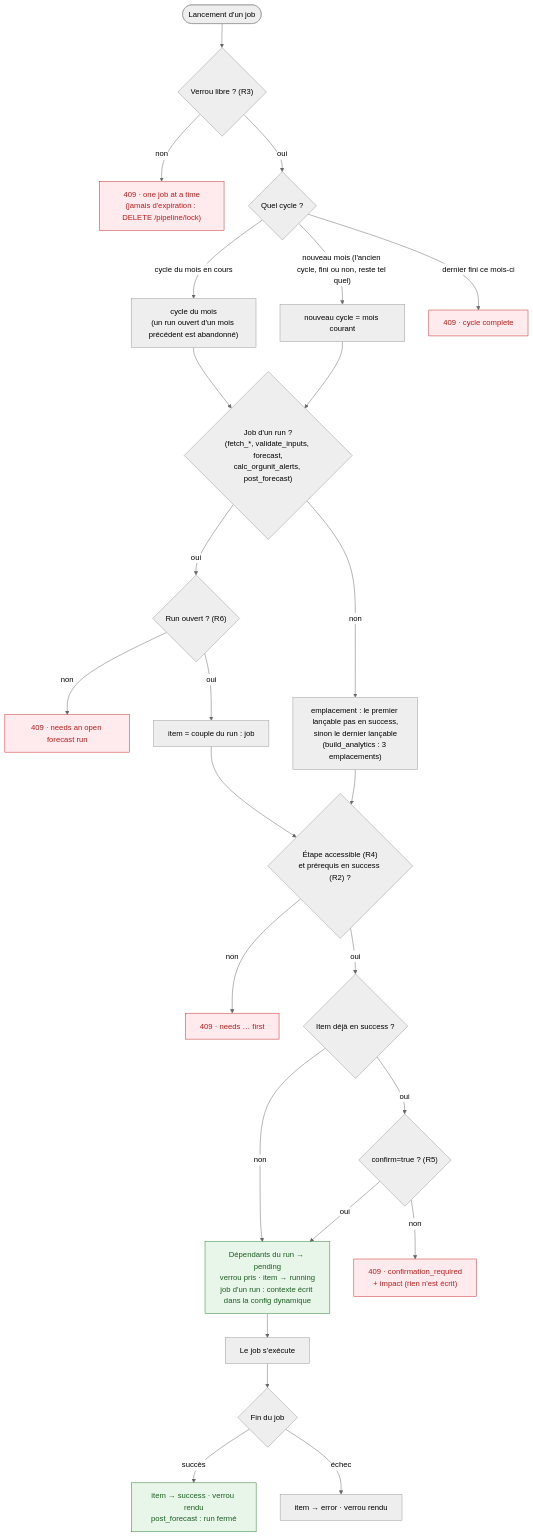
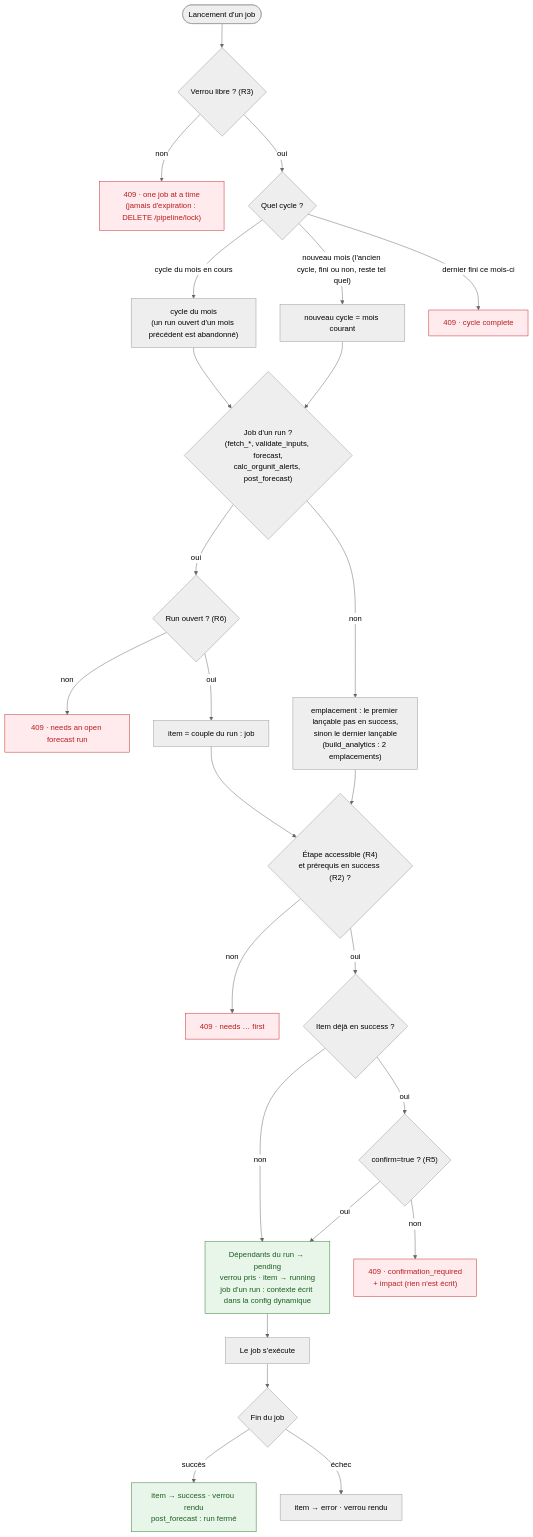
Before and after one commit to Pivot-Madagascar/pridec-docker: the third of 8 diagrams in etlhub/docs/pipeline-checkpoints-diagrams.md, drawn with Mermaid (neutral theme). The commit also changed other lines of this file and 6 other files, not shown here.

````diff
--- a/etlhub/docs/pipeline-checkpoints-diagrams.md
+++ b/etlhub/docs/pipeline-checkpoints-diagrams.md
@@ -191,35 +195,35 @@
 ```mermaid
 flowchart TD
     A(["Lancement d'un job"]) --> L{"Verrou libre ? (R3)"}
     L -- non --> E1["409 · one job at a time<br/>(jamais d'expiration : DELETE /pipeline/lock)"]
     L -- oui --> C{"Quel cycle ?"}
     C -- "cycle du mois en cours" --> C1["cycle du mois<br/>(un run ouvert d'un mois précédent est abandonné)"]
     C -- "nouveau mois (l'ancien cycle, fini ou non, reste tel quel)" --> C2["nouveau cycle = mois courant"]
     C -- "dernier fini ce mois-ci" --> E2["409 · cycle complete"]
     C1 --> T
     C2 --> T
     T{"Job d'un run ?<br/>(fetch_*, validate_inputs, forecast,<br/>calc_orgunit_alerts, post_forecast)"}
     T -- oui --> R{"Run ouvert ? (R6)"}
     R -- non --> E3["409 · needs an open forecast run"]
     R -- oui --> RI["item = couple du run : job"]
-    T -- non --> SL["emplacement : le premier lançable pas en success,<br/>sinon le dernier lançable<br/>(build_analytics : 3 emplacements)"]
+    T -- non --> SL["emplacement : le premier lançable pas en success,<br/>sinon le dernier lançable<br/>(build_analytics : 2 emplacements)"]
     RI --> P
     SL --> P
     P{"Étape accessible (R4)<br/>et prérequis en success (R2) ?"}
     P -- non --> E4["409 · needs … first"]
     P -- oui --> S{"Item déjà en success ?"}
     S -- non --> OK
     S -- oui --> CF{"confirm=true ? (R5)"}
     CF -- non --> E5["409 · confirmation_required<br/>+ impact (rien n'est écrit)"]
     CF -- oui --> OK
     OK["Dépendants du run → pending<br/>verrou pris · item → running<br/>job d'un run : contexte écrit dans la config dynamique"]
     OK --> J["Le job s'exécute"]
     J --> FIN{"Fin du job"}
     FIN -- succès --> SUC["item → success · verrou rendu<br/>post_forecast : run fermé"]
     FIN -- échec --> ERR["item → error · verrou rendu"]
 
     classDef refuse fill:#ffebee,stroke:#c62828,color:#b71c1c
     classDef accept fill:#e8f5e9,stroke:#2e7d32,color:#1b5e20
     class E1,E2,E3,E4,E5 refuse
     class OK,SUC accept
 ```
````
